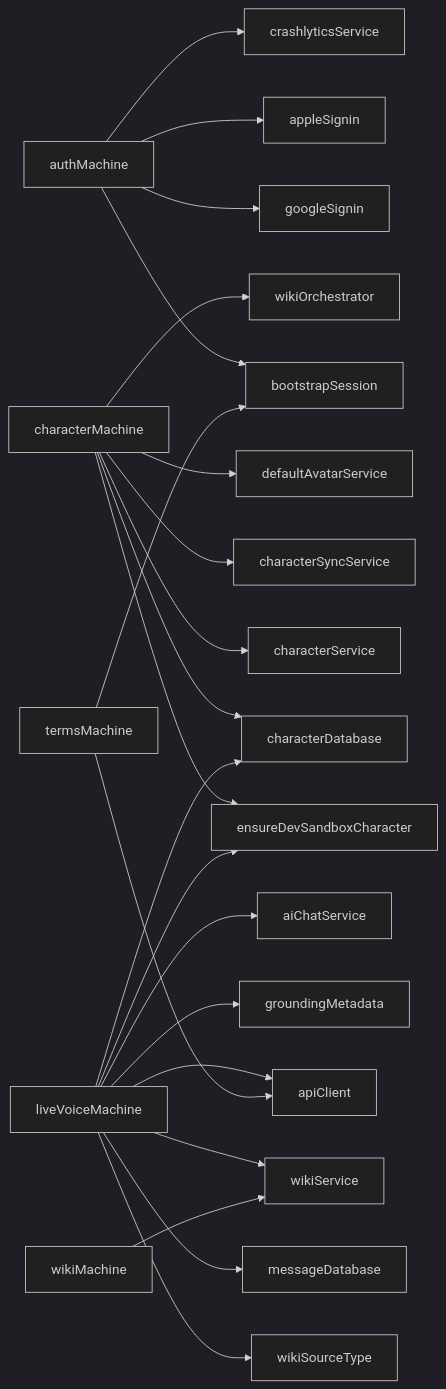
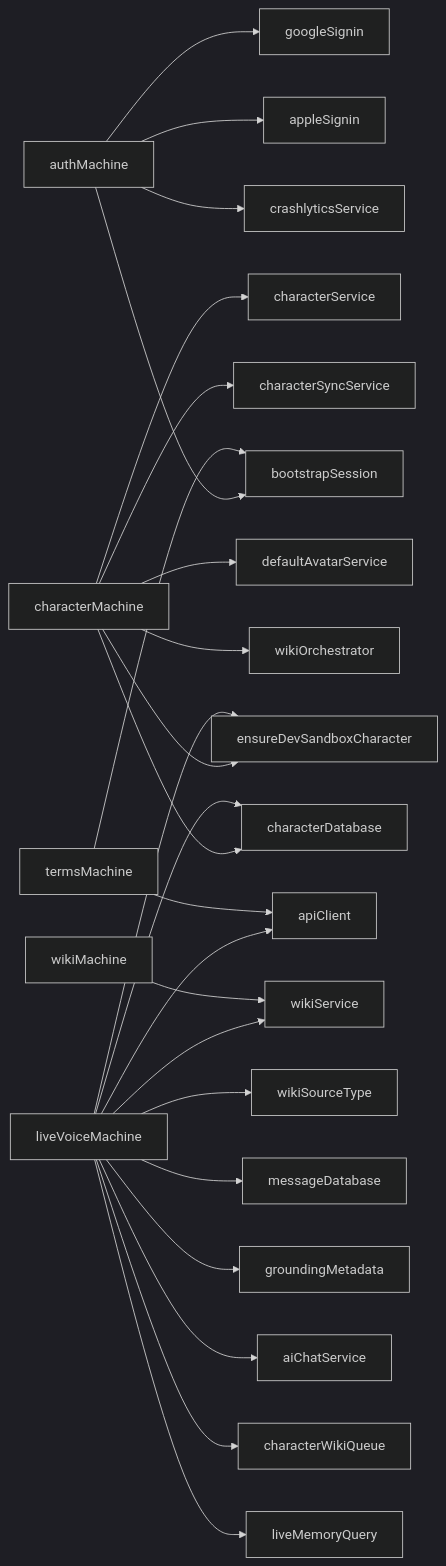
Before and after one commit to equationalapplications/clanker: the diagram in docs/flowcharts/MACHINES.md, drawn with Mermaid (dark theme). The commit also changed 3 other files, not shown here.

First line of the commit message:
docs(credits): mark spec implemented and refresh flowcharts

````diff
--- a/docs/flowcharts/MACHINES.md
+++ b/docs/flowcharts/MACHINES.md
@@ -4,24 +4,26 @@
 ```mermaid
 graph LR
   authMachine --> googleSignin
   authMachine --> appleSignin
   authMachine --> bootstrapSession
   authMachine --> crashlyticsService
   characterMachine --> characterService
   characterMachine --> characterDatabase
   characterMachine --> characterSyncService
   characterMachine --> defaultAvatarService
   characterMachine --> wikiOrchestrator
   characterMachine --> ensureDevSandboxCharacter
   liveVoiceMachine --> ensureDevSandboxCharacter
   liveVoiceMachine --> wikiService
   liveVoiceMachine --> apiClient
   liveVoiceMachine --> wikiSourceType
   liveVoiceMachine --> messageDatabase
   liveVoiceMachine --> characterDatabase
   liveVoiceMachine --> groundingMetadata
   liveVoiceMachine --> aiChatService
+  liveVoiceMachine --> characterWikiQueue
+  liveVoiceMachine --> liveMemoryQuery
   termsMachine --> apiClient
   termsMachine --> bootstrapSession
   wikiMachine --> wikiService
 ```
````
